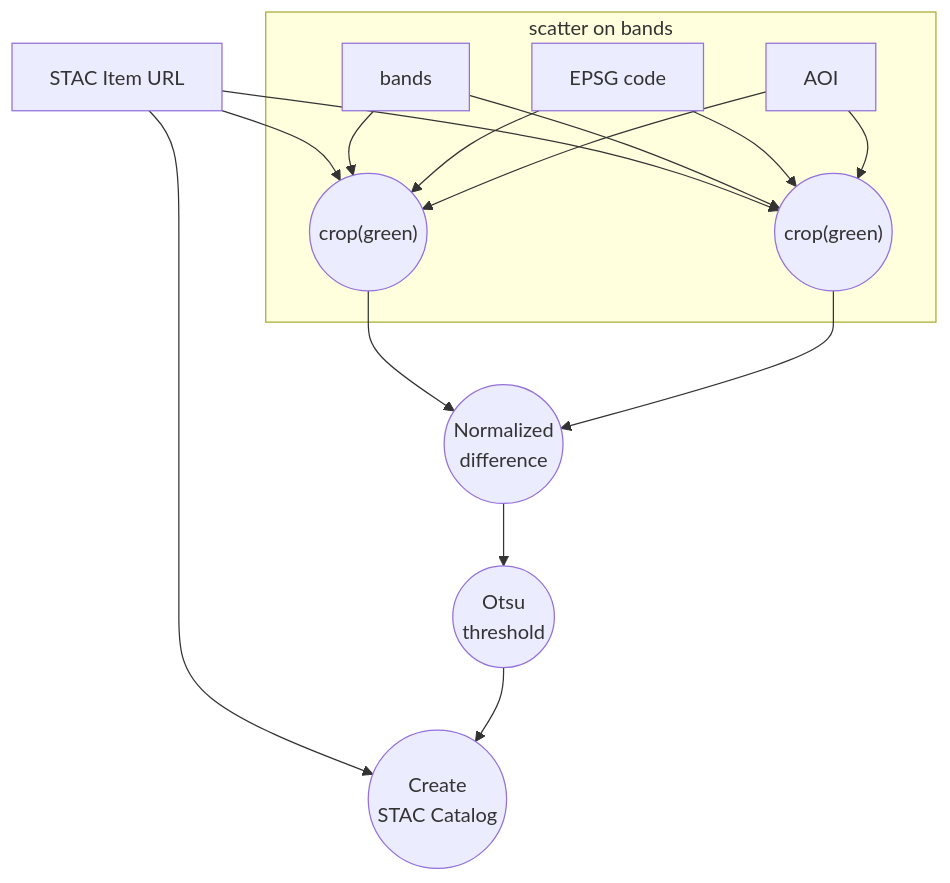
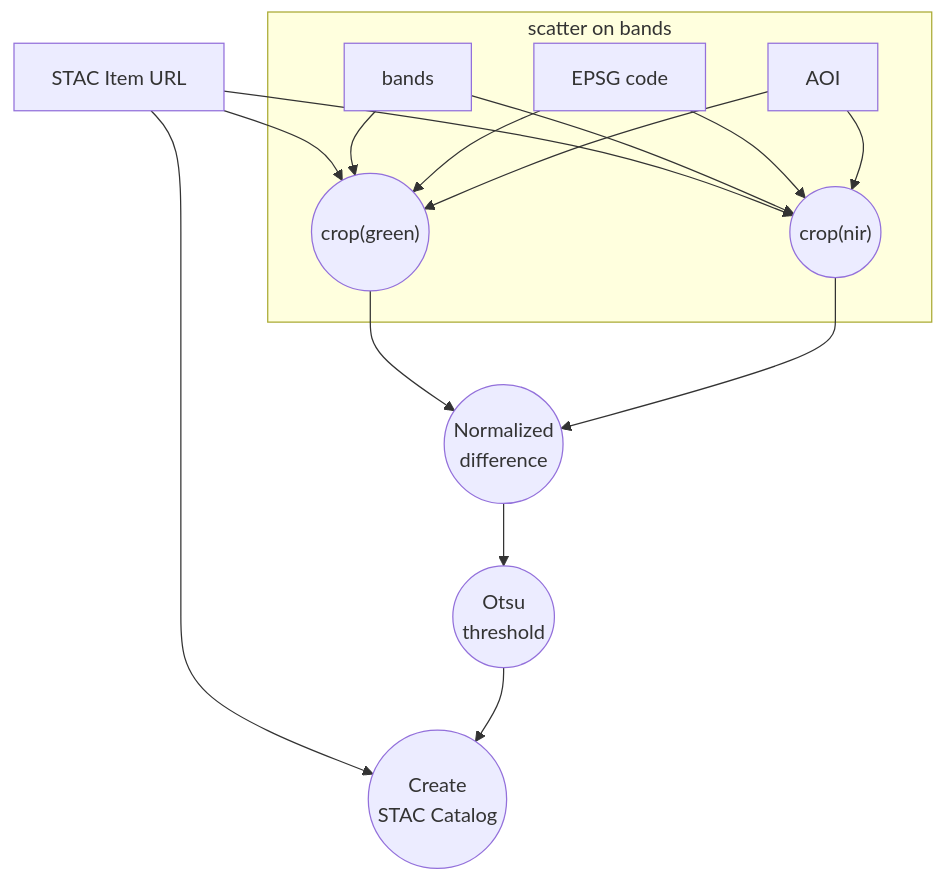
The diagram in docs/cwl-workflow/cloud-native.md (Terradue/app-package-training-bids23), drawn with Mermaid before and after one commit. The commit also changed 5 other files, not shown here.

````diff
--- a/docs/cwl-workflow/cloud-native.md
+++ b/docs/cwl-workflow/cloud-native.md
@@ -9,26 +9,26 @@
 ``` mermaid
 graph TB
 A[STAC Item URL]
 A --> B(("crop(green)"));
 A--> C(("crop(nir)"));
 A[STAC Item URL] --> F
 P[bands]
 Q[EPSG code]
 R[AOI]
 subgraph scatter on bands
   P --> B(("crop(green)"))
   P --> C(("crop(nir)"))
   Q --> B(("crop(green)"))
-  Q --> C(("crop(green)"))
+  Q --> C(("crop(nir)"))
   R --> B(("crop(green)"))
-  R --> C(("crop(green)"))
+  R --> C(("crop(nir)"))
 end
 B(("crop(green)")) --> D
-C(("crop(green)")) --> D
+C(("crop(nir)")) --> D
 D(("`Normalized 
 difference`"));
 D --> E(("`Otsu
  threshold`"))
 E --> F(("`Create 
 STAC Catalog`"))
 ```
````
